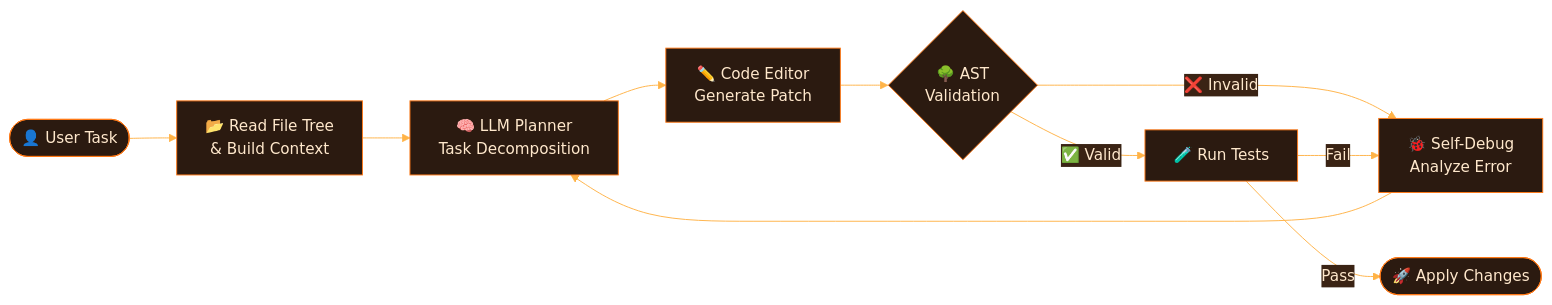
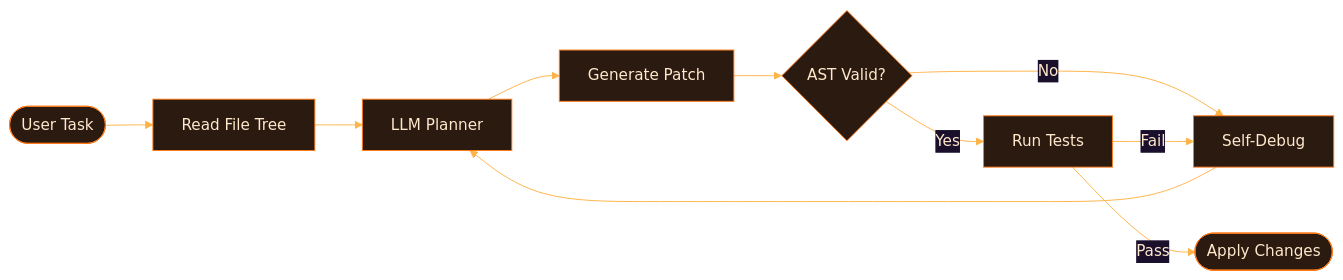
One commit to M-Awais-11/M-Awais-11 changed the first of 4 diagrams in README.md. Above: the diagram before and after it, drawn with Mermaid. The commit also changed other lines of this file, not shown here.

````diff
--- a/README.md
+++ b/README.md
@@ -155,13 +96,13 @@
 ```mermaid
-%%{init: {'theme':'base','themeVariables':{'primaryColor':'#2b1a10','primaryTextColor':'#FFE8CC','primaryBorderColor':'#FF7A18','lineColor':'#FFB347','secondaryColor':'#3a2314','tertiaryColor':'#1a1a1a'}}}%%
+%%{init: {'theme':'base','themeVariables':{'primaryColor':'#2b1a10','primaryTextColor':'#FFE8CC','primaryBorderColor':'#FF7A18','lineColor':'#FFB347'}}}%%
 flowchart LR
-    A([👤 User Task]) --> B[📂 Read File Tree<br/>& Build Context]
-    B --> C[🧠 LLM Planner<br/>Task Decomposition]
-    C --> D[✏️ Code Editor<br/>Generate Patch]
-    D --> E{🌳 AST<br/>Validation}
-    E -- ❌ Invalid --> F[🐞 Self-Debug<br/>Analyze Error]
+    A([User Task]) --> B[Read File Tree]
+    B --> C[LLM Planner]
+    C --> D[Generate Patch]
+    D --> E{AST Valid?}
+    E -- No --> F[Self-Debug]
     F --> C
-    E -- ✅ Valid --> G[🧪 Run Tests]
+    E -- Yes --> G[Run Tests]
     G -- Fail --> F
-    G -- Pass --> H([🚀 Apply Changes])
+    G -- Pass --> H([Apply Changes])
 ```
````
